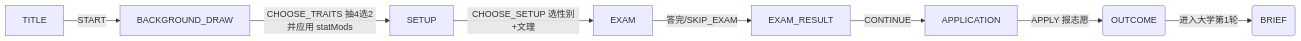
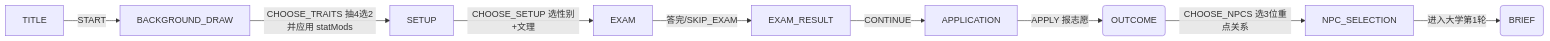
Before and after one commit to sonnyHenry/life-simulator-2014: the second of 7 diagrams in TECH_ARCHITECTURE.md, drawn with Mermaid. The commit also changed other lines of this file and 23 other files, not shown here.

````diff
--- a/TECH_ARCHITECTURE.md
+++ b/TECH_ARCHITECTURE.md
@@ -158,10 +158,11 @@
 ```mermaid
 flowchart LR
     TITLE -->|START| BACKGROUND_DRAW
     BACKGROUND_DRAW -->|CHOOSE_TRAITS 抽4选2并应用 statMods| SETUP
     SETUP -->|CHOOSE_SETUP 选性别+文理| EXAM
     EXAM -->|答完/SKIP_EXAM| EXAM_RESULT
     EXAM_RESULT -->|CONTINUE| APPLICATION
     APPLICATION -->|APPLY 报志愿| O1(OUTCOME)
-    O1 -->|进入大学第1轮| BRIEF1(BRIEF)
+    O1 -->|CHOOSE_NPCS 选3位重点关系| NPC_SELECTION
+    NPC_SELECTION -->|进入大学第1轮| BRIEF1(BRIEF)
 ```
````
